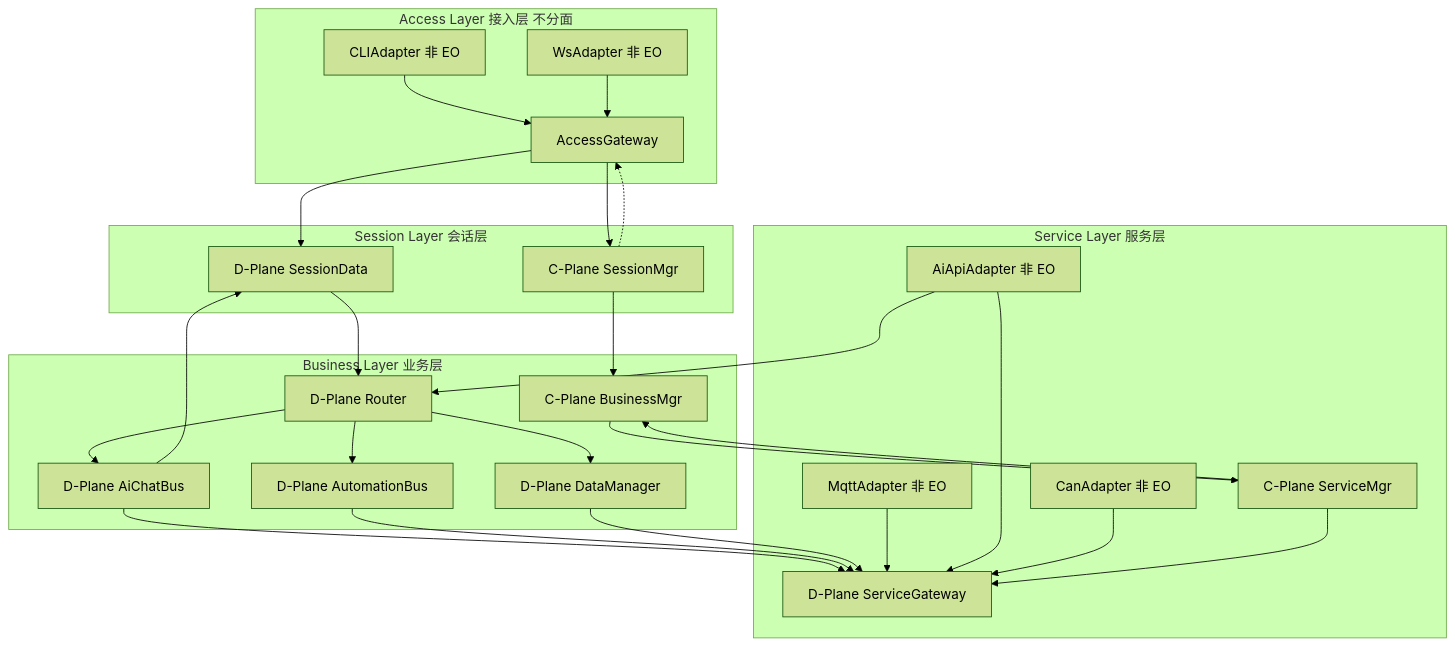
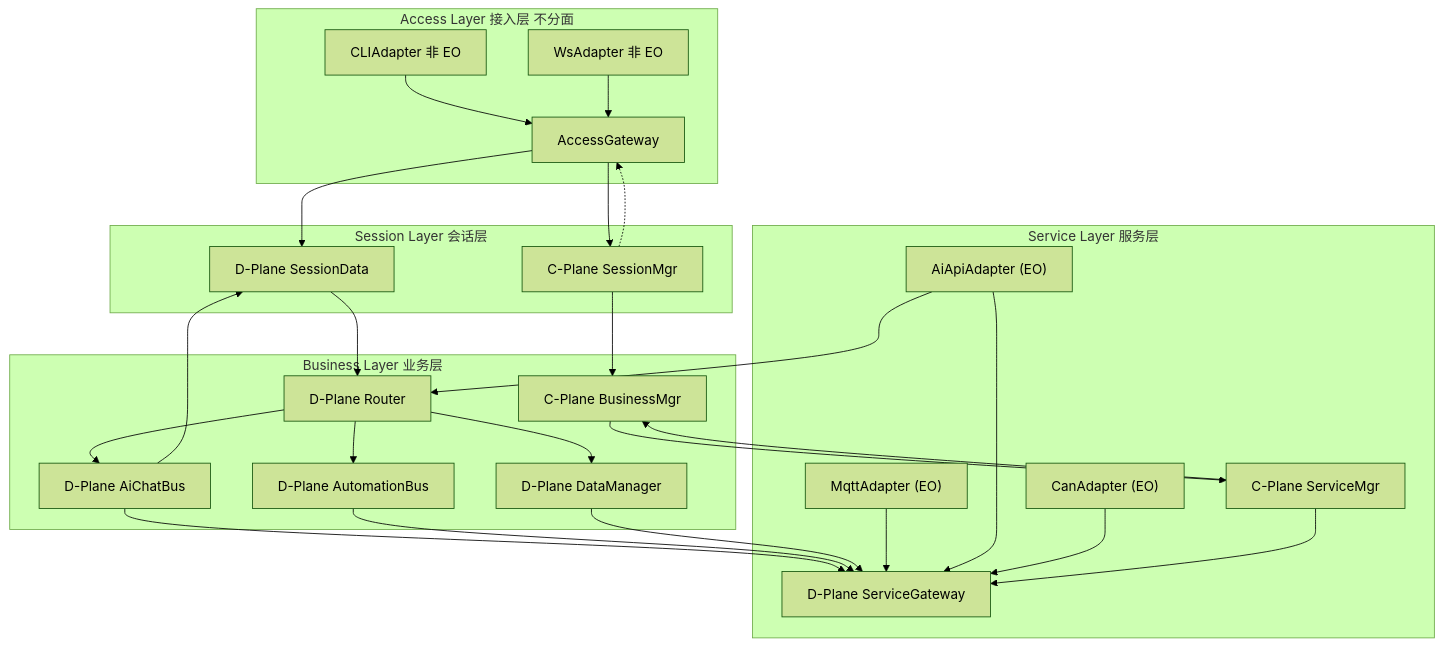
Before and after one commit to yun-qilong/flow_hub: the first of 4 diagrams in README.md, drawn with Mermaid (forest theme). The commit also changed other lines of this file and 12 other files, not shown here.

````diff
--- a/README.md
+++ b/README.md
@@ -107,51 +107,51 @@
 ```mermaid
 graph TB
     subgraph Access["Access Layer 接入层 不分面"]
         CLI["CLIAdapter 非 EO"]
         WS["WsAdapter 非 EO"]
         AG["AccessGateway"]
         CLI --> AG
         WS --> AG
     end
 
     subgraph Session["Session Layer 会话层"]
         SM["C-Plane SessionMgr"]
         SD["D-Plane SessionData"]
     end
 
     subgraph Business["Business Layer 业务层"]
         BM["C-Plane BusinessMgr"]
         R["D-Plane Router"]
         AI["D-Plane AiChatBus"]
         AU["D-Plane AutomationBus"]
         DM["D-Plane DataManager"]
     end
 
     subgraph Service["Service Layer 服务层"]
         SVM["C-Plane ServiceMgr"]
         SG["D-Plane ServiceGateway"]
-        MqttAd["MqttAdapter 非 EO"]
-        ApiAd["AiApiAdapter 非 EO"]
-        CanAd["CanAdapter 非 EO"]
+        MqttAd["MqttAdapter (EO)"]
+        ApiAd["AiApiAdapter (EO)"]
+        CanAd["CanAdapter (EO)"]
     end
 
     AG --> SM
     AG --> SD
     SM --> BM
     SM -.-> AG
     BM --> SVM
     SVM --> BM
     SD --> R
     R --> AI
     R --> AU
     R --> DM
     AI --> SD
     AI --> SG
     AU --> SG
     DM --> SG
     MqttAd --> SG
     ApiAd --> SG
     CanAd --> SG
     ApiAd --> R
     SVM --> SG
 ```
````
